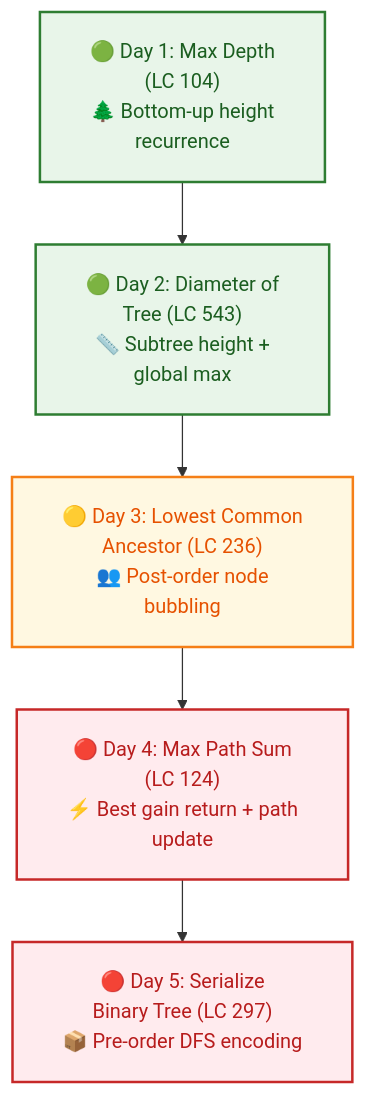
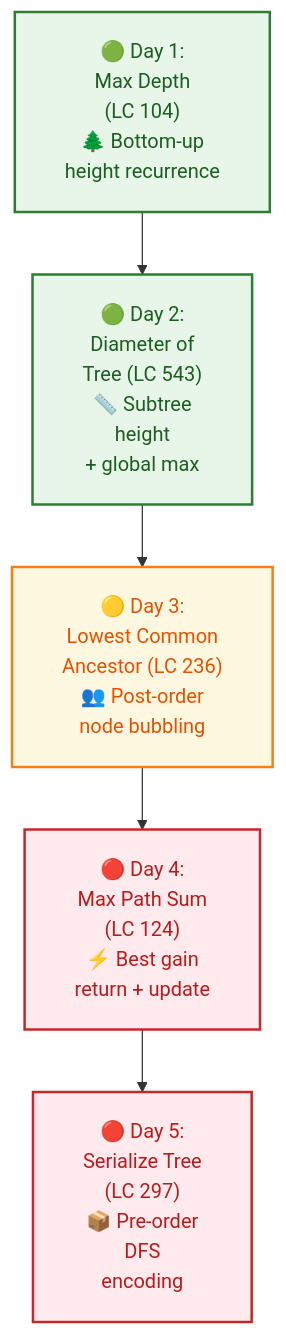
The ninth of 19 diagrams in Senior_dsa_question_list.md (dip4k/DSA_102), drawn with Mermaid before and after one commit. The commit also changed other lines of this file and 106 other files, not shown here.

First line of the commit message:
fix(mermaid): prevent text clipping with foreignObject overflow and tighter line wrapping

````diff
--- a/Senior_dsa_question_list.md
+++ b/Senior_dsa_question_list.md
@@ -316,15 +316,15 @@
 ```mermaid
-%%{init: {"flowchart": {"htmlLabels": true, "padding": 20}}}%%
+%%{init: {"flowchart": {"htmlLabels": true, "padding": 20}, "themeCSS": "foreignObject { overflow: visible !important; }"}}%%
 flowchart TD
     classDef startNode fill:#e8f5e9,stroke:#2e7d32,stroke-width:2px,color:#1b5e20
     classDef midNode fill:#fff8e1,stroke:#f57f17,stroke-width:2px,color:#e65100
     classDef hardNode fill:#ffebee,stroke:#c62828,stroke-width:2px,color:#b71c1c
 
-    A["🟢 Day 1: Max Depth<br/>(LC 104)<br/>🌲 Bottom-up height<br/>recurrence"]:::startNode
-    B["🟢 Day 2: Diameter of<br/>Tree (LC 543)<br/>📏 Subtree height +<br/>global max"]:::startNode
-    C["🟡 Day 3: Lowest Common<br/>Ancestor (LC 236)<br/>👥 Post-order node<br/>bubbling"]:::midNode
-    D["🔴 Day 4: Max Path Sum<br/>(LC 124)<br/>⚡ Best gain return + path<br/>update"]:::hardNode
-    E["🔴 Day 5: Serialize<br/>Binary Tree (LC 297)<br/>📦 Pre-order DFS encoding"]:::hardNode
+    A["🟢 Day 1:<br/>Max Depth<br/>(LC 104)<br/>🌲 Bottom-up<br/>height recurrence"]:::startNode
+    B["🟢 Day 2:<br/>Diameter of<br/>Tree (LC 543)<br/>📏 Subtree<br/>height<br/>+ global max"]:::startNode
+    C["🟡 Day 3:<br/>Lowest Common<br/>Ancestor (LC 236)<br/>👥 Post-order<br/>node bubbling"]:::midNode
+    D["🔴 Day 4:<br/>Max Path Sum<br/>(LC 124)<br/>⚡ Best gain<br/>return + update"]:::hardNode
+    E["🔴 Day 5:<br/>Serialize Tree<br/>(LC 297)<br/>📦 Pre-order<br/>DFS<br/>encoding"]:::hardNode
 
     A --> B --> C --> D --> E
 ```
````
